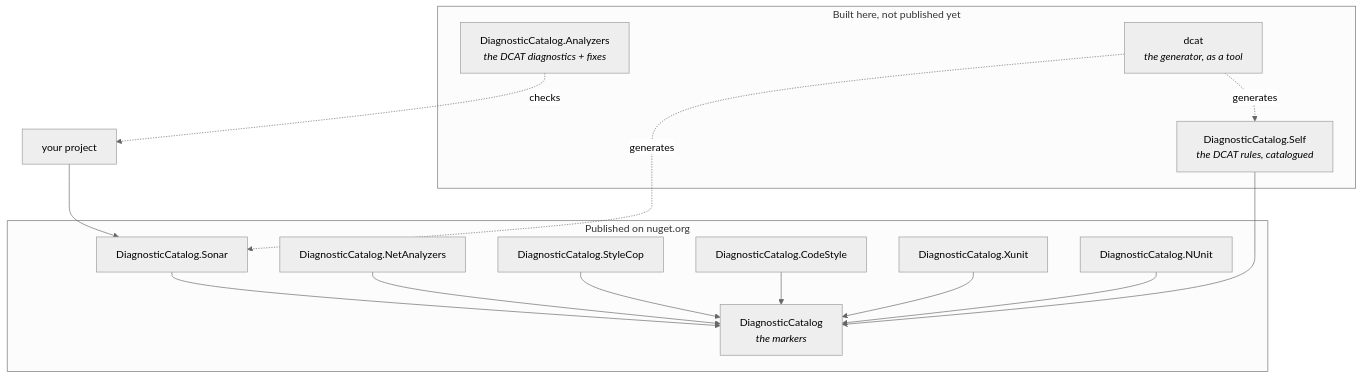
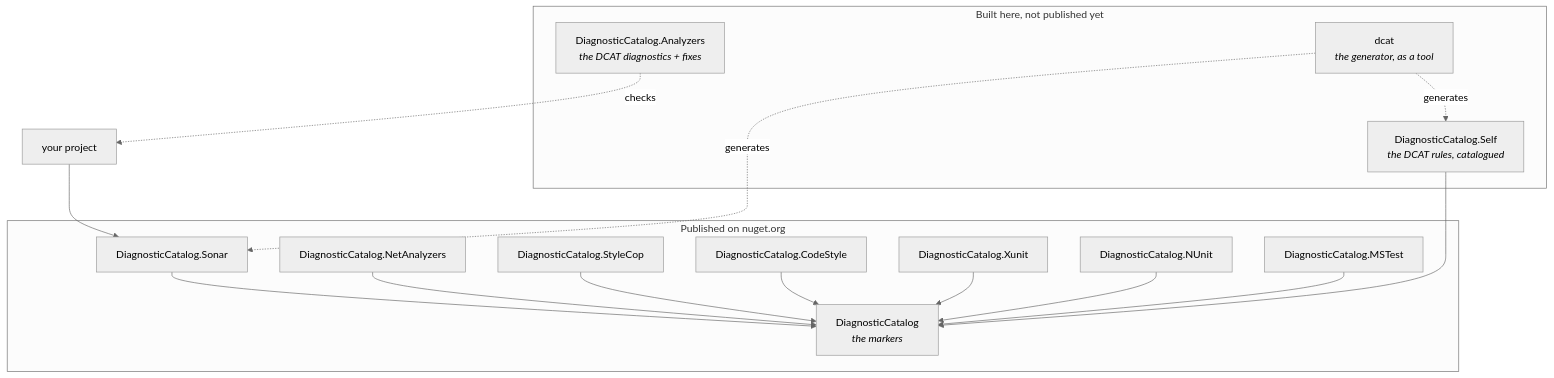
One commit to Reefact/diagnostic-catalog changed the second of 2 diagrams in doc/guide/concepts.en.md. Above: the diagram before and after it, drawn with Mermaid (neutral theme). The commit also changed other lines of this file and 48 other files, not shown here.

````diff
--- a/doc/guide/concepts.en.md
+++ b/doc/guide/concepts.en.md
@@ -76,28 +76,30 @@
 ```mermaid
 flowchart TB
     subgraph PUB["Published on nuget.org"]
         F["DiagnosticCatalog<br/><i>the markers</i>"]
         S["DiagnosticCatalog.Sonar"]
         N["DiagnosticCatalog.NetAnalyzers"]
         T["DiagnosticCatalog.StyleCop"]
         CS["DiagnosticCatalog.CodeStyle"]
         XU["DiagnosticCatalog.Xunit"]
         NU["DiagnosticCatalog.NUnit"]
+        MS["DiagnosticCatalog.MSTest"]
         S --> F
         N --> F
         T --> F
         CS --> F
         XU --> F
         NU --> F
+        MS --> F
     end
     subgraph SOON["Built here, not published yet"]
         A["DiagnosticCatalog.Analyzers<br/><i>the DCAT diagnostics + fixes</i>"]
         SELF["DiagnosticCatalog.Self<br/><i>the DCAT rules, catalogued</i>"]
         CLI["dcat<br/><i>the generator, as a tool</i>"]
         SELF --> F
     end
     YOU["your project"] --> S
     A -. "checks" .-> YOU
     CLI -. "generates" .-> S
     CLI -. "generates" .-> SELF
 ```
````
